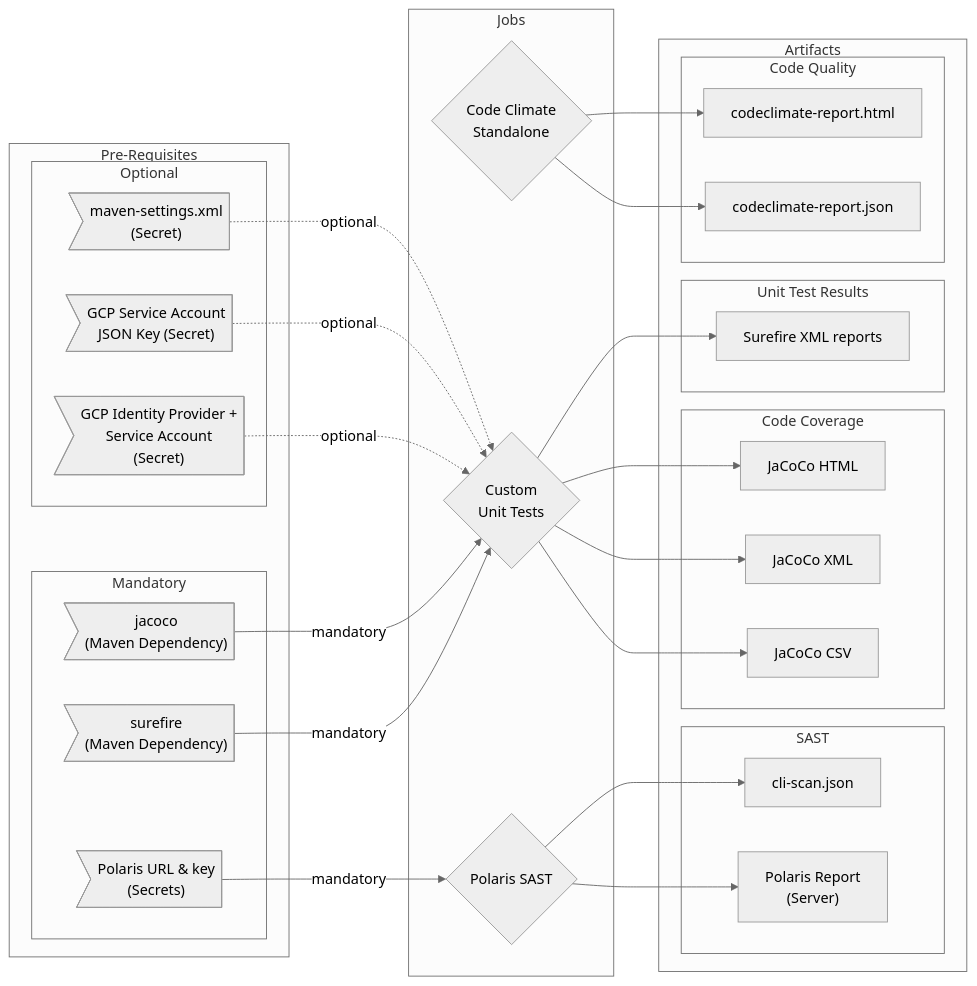
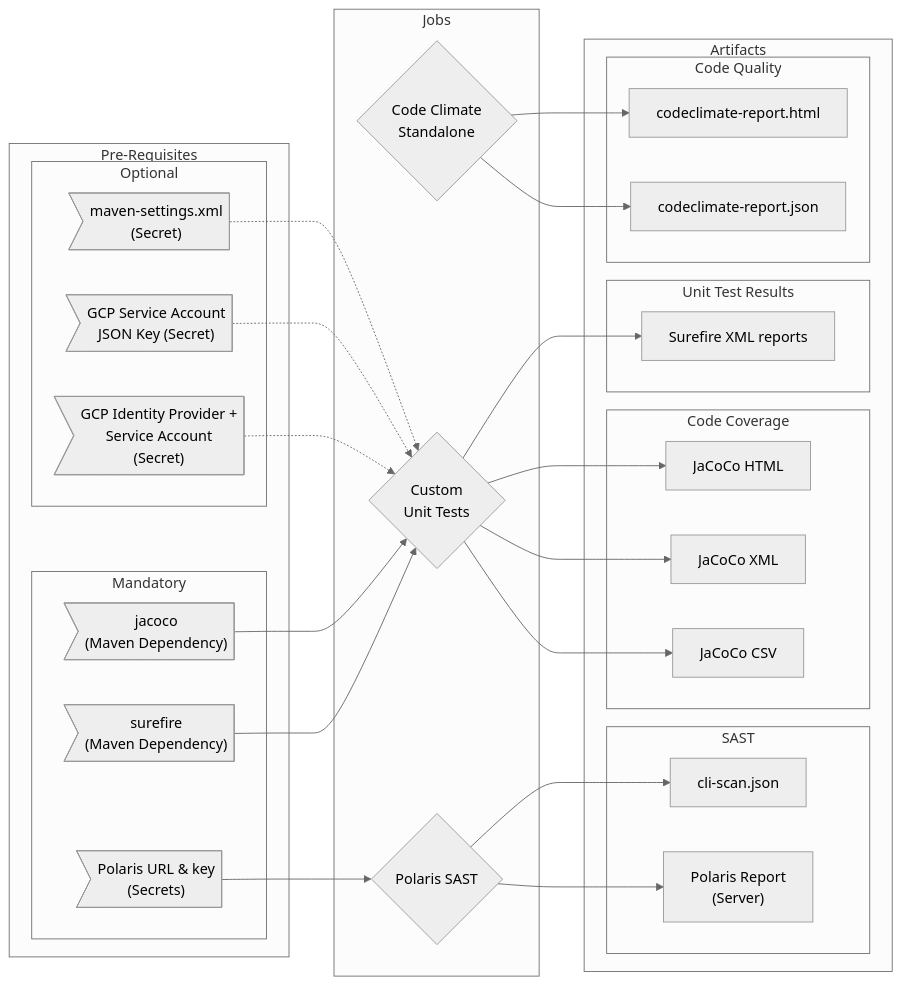
The diagram in docs/java-tests/README.md (erzz/workflows), drawn with Mermaid before and after one commit. The commit also changed 1 other file, not shown here.

Commit message:
docs: improve workflow diagrams

````diff
--- a/docs/java-tests/README.md
+++ b/docs/java-tests/README.md
@@ -28,58 +28,58 @@
 ```mermaid
 %%{init: {'theme': 'neutral'}}%%
 
 flowchart LR
   subgraph Pre-Requisites
     subgraph Mandatory
       jacoco>"jacoco\n(Maven Dependency)"]
       surefire>"surefire\n(Maven Dependency)"]
       polaris>"Polaris URL & key\n(Secrets)"]
     end
     subgraph Optional
       mvn-settings>"maven-settings.xml\n(Secret)"]
       gcp-sa>"GCP Service Account\nJSON Key (Secret)"]
       gcp-oidc>"GCP Identity Provider +\nService Account\n(Secret)"]
     end
   end
   subgraph Jobs
     code-quality{"Code Climate\nStandalone"}
     polaris-sast{"Polaris SAST"}
     unit-tests{"Custom\nUnit Tests"}
   end
   subgraph Artifacts
     subgraph Code Quality
       cc-html["codeclimate-report.html"]
       cc-json["codeclimate-report.json"]
     end
     subgraph SAST
       report-polaris-json["cli-scan.json"]
       report-polaris-server["Polaris Report\n(Server)"]
     end
     subgraph Unit Test Results
       surefire-xml["Surefire XML reports"]
     end
     subgraph Code Coverage
       jacoco-html["JaCoCo HTML"]
       jacoco-xml["JaCoCo XML"]
       jacoco-csv["JaCoCo CSV"]
     end
   end
 
   %% dependencies -> Jobs
-  jacoco-->|mandatory|unit-tests
-  surefire-->|mandatory|unit-tests
-  mvn-settings-.->|optional|unit-tests
-  gcp-sa-.->|optional|unit-tests
-  gcp-oidc-.->|optional|unit-tests
-  polaris-->|mandatory|polaris-sast
+  jacoco-->unit-tests
+  surefire-->unit-tests
+  mvn-settings-.->unit-tests
+  gcp-sa-.->unit-tests
+  gcp-oidc-.->unit-tests
+  polaris-->polaris-sast
 
-  %% Jobs -> Reports
+  %% Jobs -> Artifacts
   code-quality-->cc-html
   code-quality-->cc-json
   unit-tests-->surefire-xml
   unit-tests-->jacoco-html
   unit-tests-->jacoco-xml
   unit-tests-->jacoco-csv
   polaris-sast-->report-polaris-json
   polaris-sast-->report-polaris-server
 ```
````
